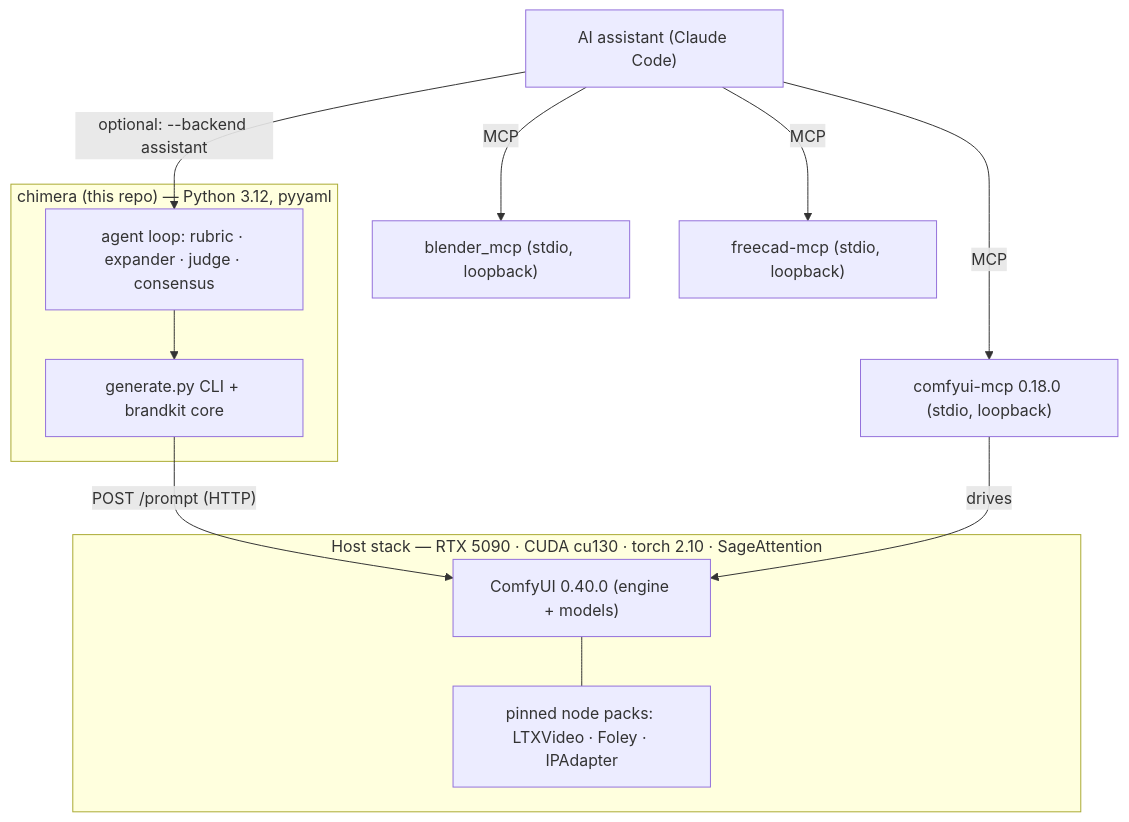
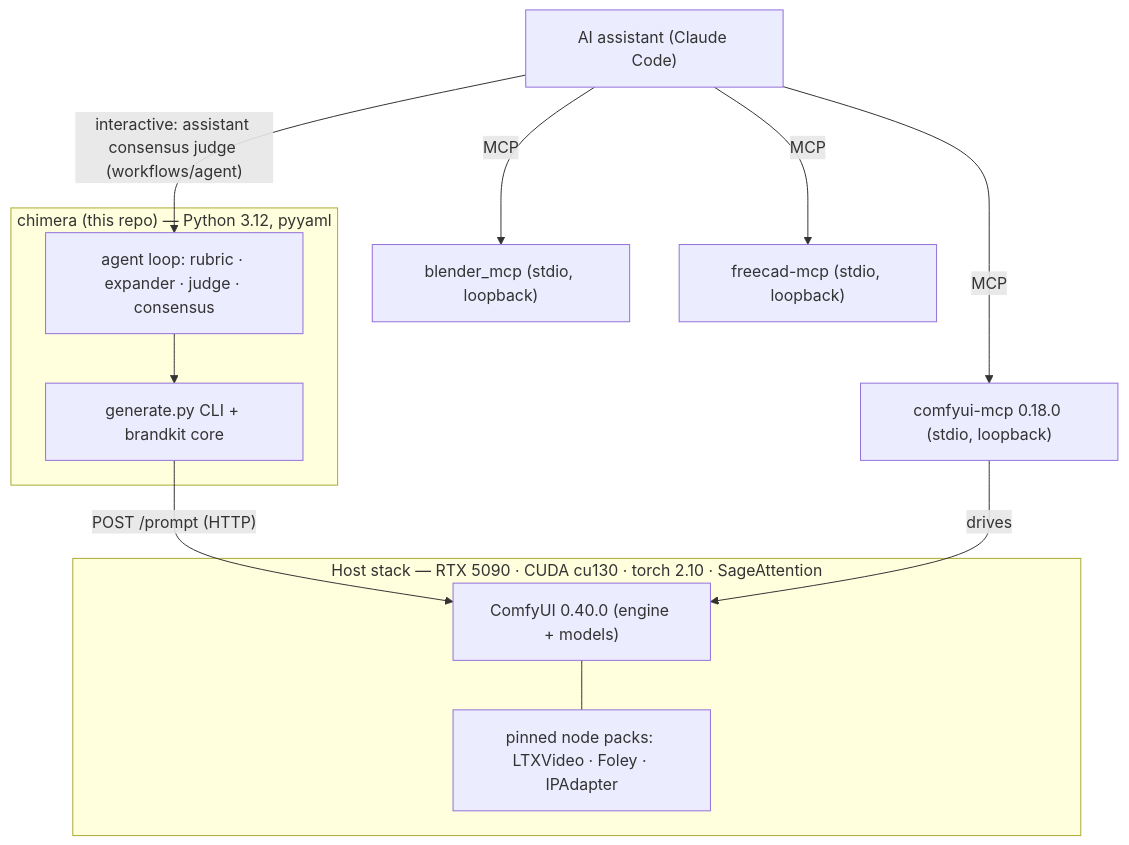
The diagram in docs/STACK.md (whartons/Chimera), drawn with Mermaid before and after one commit. The commit also changed other lines of this file and 149 other files, not shown here.

````diff
--- a/docs/STACK.md
+++ b/docs/STACK.md
@@ -12,22 +12,22 @@
 ```mermaid
 flowchart TD
     subgraph host["Host stack — RTX 5090 · CUDA cu130 · torch 2.10 · SageAttention"]
         comfy["ComfyUI 0.40.0 (engine + models)"]
         packs["pinned node packs: LTXVideo · Foley · IPAdapter"]
         comfy --- packs
     end
     subgraph chimera["chimera (this repo) — Python 3.12, pyyaml"]
         cli["generate.py CLI + brandkit core"]
         agent["agent loop: rubric · expander · judge · consensus"]
     end
     mcp["comfyui-mcp 0.18.0 (stdio, loopback)"]
     cli -->|"POST /prompt (HTTP)"| comfy
     agent --> cli
     mcp -->|drives| comfy
     assistant["AI assistant (Claude Code)"] -->|MCP| mcp
     blender["blender_mcp (stdio, loopback)"]
     freecad["freecad-mcp (stdio, loopback)"]
     assistant -->|MCP| blender
     assistant -->|MCP| freecad
-    assistant -->|"optional: --backend assistant"| agent
+    assistant -->|"interactive: assistant consensus judge (workflows/agent)"| agent
 ```
````
